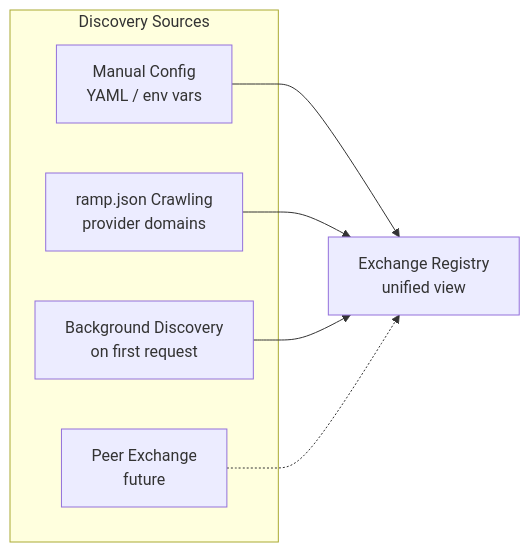
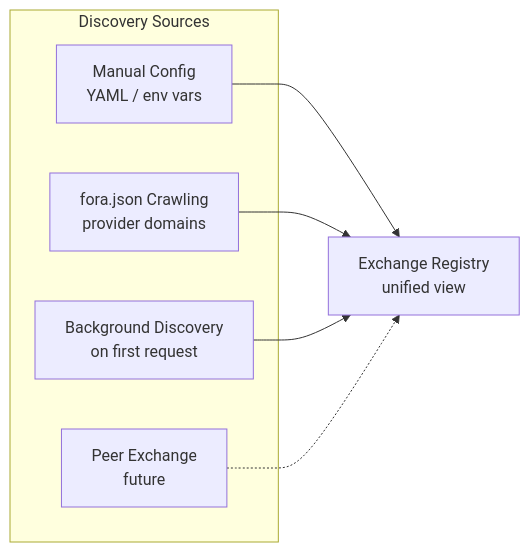
The second of 4 diagrams in website/src/content/docs/components/broker/deployment.mdx (FORA-Protocol/protocol), drawn with Mermaid before and after one commit. The commit also changed other lines of this file and 529 other files, not shown here.

First line of the commit message:
Rename the protocol from RAMP to FORA

````diff
--- a/website/src/content/docs/components/broker/deployment.mdx
+++ b/website/src/content/docs/components/broker/deployment.mdx
@@ -178,16 +178,16 @@
 ```mermaid
 graph LR
     subgraph "Discovery Sources"
         Manual[Manual Config<br/>YAML / env vars]
-        ParseJSON[ramp.json Crawling<br/>provider domains]
+        ParseJSON[fora.json Crawling<br/>provider domains]
         OnDemand[Background Discovery<br/>on first request]
         Peer[Peer Exchange<br/>future]
     end
 
     Manual --> Registry
     ParseJSON --> Registry
     OnDemand --> Registry
     Peer -.-> Registry
 
     Registry[Exchange Registry<br/>unified view]
 ```
````
